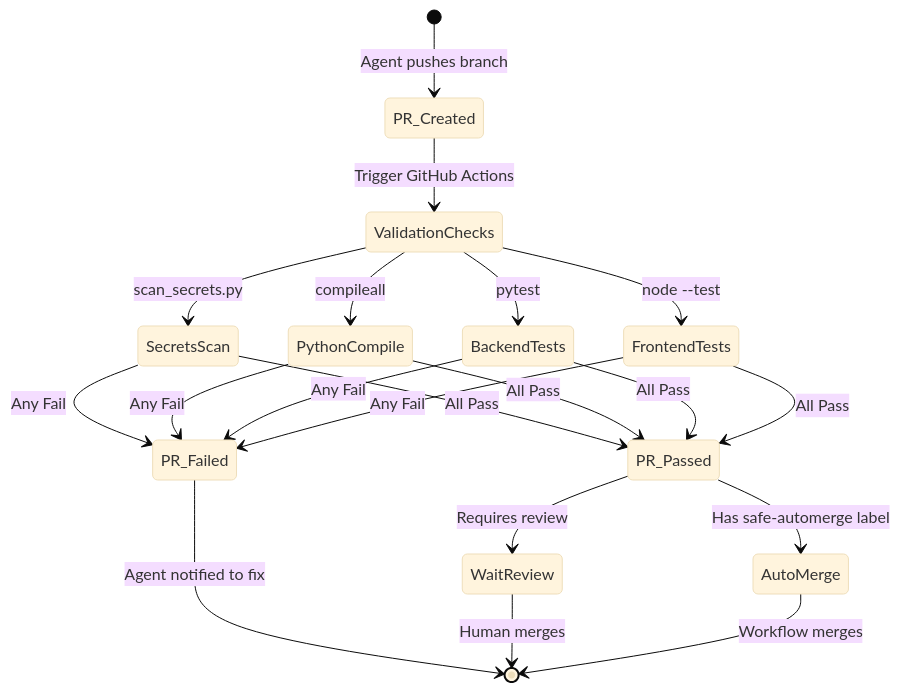
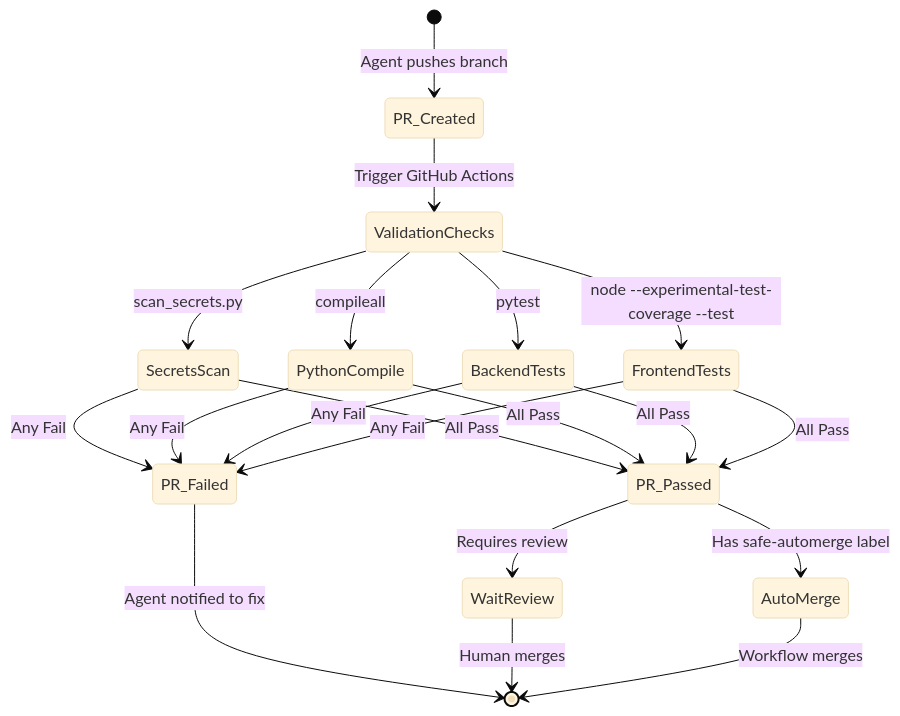
One commit to Helloguys3324/orchestratot changed the second of 3 diagrams in README.md. Above: the diagram before and after it, drawn with Mermaid (base theme). The commit also changed 1 other file, not shown here.

Commit message:
ai-factory(documenter): Document setup and operations
Updated README.md and docs/AI_FACTORY.md to reflect the accurate Node.js test command in Mermaid diagrams.

````diff
--- a/README.md
+++ b/README.md
@@ -64,22 +64,22 @@
 ```mermaid
 stateDiagram-v2
     [*] --> PR_Created: Agent pushes branch
     PR_Created --> ValidationChecks: Trigger GitHub Actions
     ValidationChecks --> SecretsScan: scan_secrets.py
     ValidationChecks --> PythonCompile: compileall
     ValidationChecks --> BackendTests: pytest
-    ValidationChecks --> FrontendTests: node --test
+    ValidationChecks --> FrontendTests: node --experimental-test-coverage --test
     SecretsScan --> PR_Passed: All Pass
     PythonCompile --> PR_Passed: All Pass
     BackendTests --> PR_Passed: All Pass
     FrontendTests --> PR_Passed: All Pass
     SecretsScan --> PR_Failed: Any Fail
     PythonCompile --> PR_Failed: Any Fail
     BackendTests --> PR_Failed: Any Fail
     FrontendTests --> PR_Failed: Any Fail
     PR_Failed --> [*]: Agent notified to fix
     PR_Passed --> WaitReview: Requires review
     PR_Passed --> AutoMerge: Has safe-automerge label
     WaitReview --> [*]: Human merges
     AutoMerge --> [*]: Workflow merges
 ```
````
